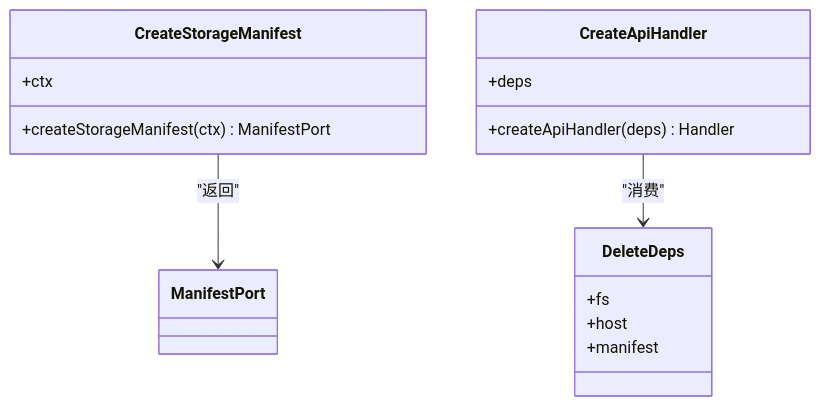
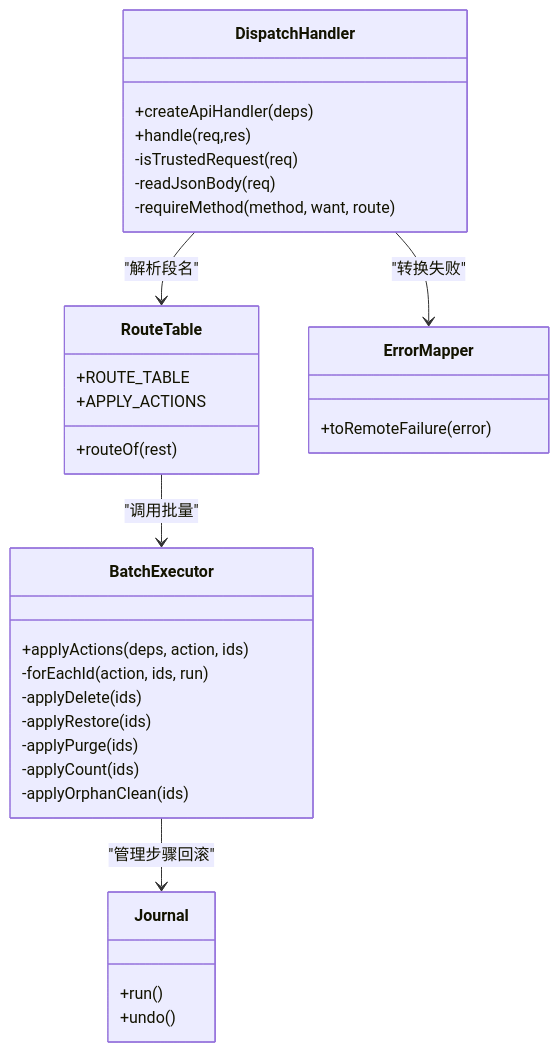
The third of 3 diagrams in .qoder/repowiki/zh/content/API 参考/API 参考.md (xrn1997/dsh-session-delete), drawn with Mermaid before and after one commit. The commit also changed other lines of this file and 67 other files, not shown here.

````diff
--- a/.qoder/repowiki/zh/content/API 参考/API 参考.md
+++ b/.qoder/repowiki/zh/content/API 参考/API 参考.md
@@ -387,18 +469,40 @@
 ```mermaid
 classDiagram
-    class CreateStorageManifest {
-        +ctx
-        +createStorageManifest(ctx) ManifestPort
+    class DispatchHandler {
+        +createApiHandler(deps)
+        +handle(req,res)
+        -isTrustedRequest(req)
+        -readJsonBody(req)
+        -requireMethod(method, want, route)
     }
-    class CreateApiHandler {
-        +deps
-        +createApiHandler(deps) Handler
+
+    class RouteTable {
+        +ROUTE_TABLE
+        +routeOf(rest)
+        +APPLY_ACTIONS
     }
-    class DeleteDeps {
-        +fs
-        +host
-        +manifest
+
+    class BatchExecutor {
+        +applyActions(deps, action, ids)
+        -forEachId(action, ids, run)
+        -applyDelete(ids)
+        -applyRestore(ids)
+        -applyPurge(ids)
+        -applyCount(ids)
+        -applyOrphanClean(ids)
     }
-    CreateApiHandler --> DeleteDeps : "消费"
-    CreateStorageManifest --> ManifestPort : "返回"
+
+    class Journal {
+        +run()
+        +undo()
+    }
+
+    class ErrorMapper {
+        +toRemoteFailure(error)
+    }
+
+    DispatchHandler --> RouteTable : "解析段名"
+    RouteTable --> BatchExecutor : "调用批量"
+    BatchExecutor --> Journal : "管理步骤回滚"
+    DispatchHandler --> ErrorMapper : "转换失败"
 ```
````
